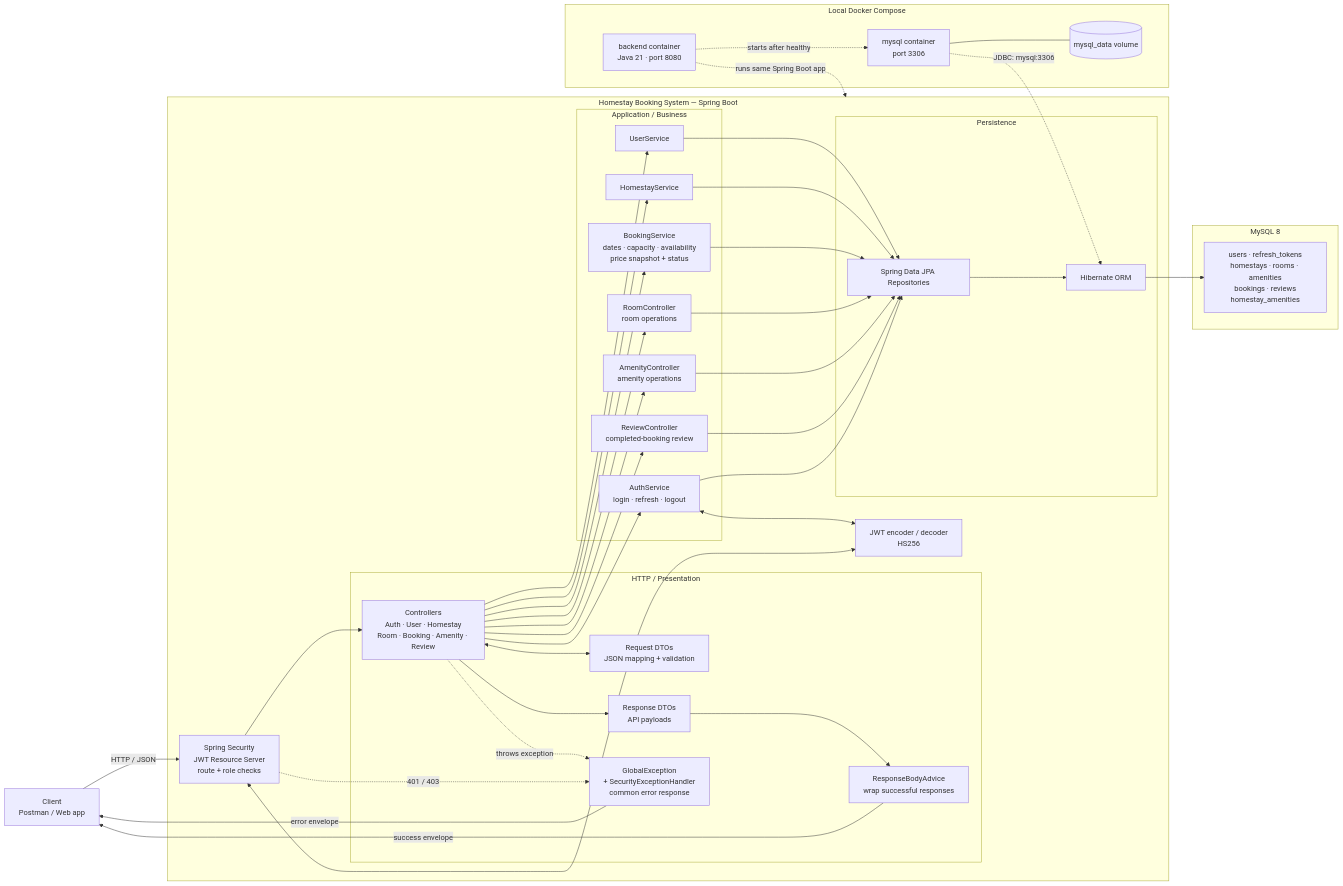
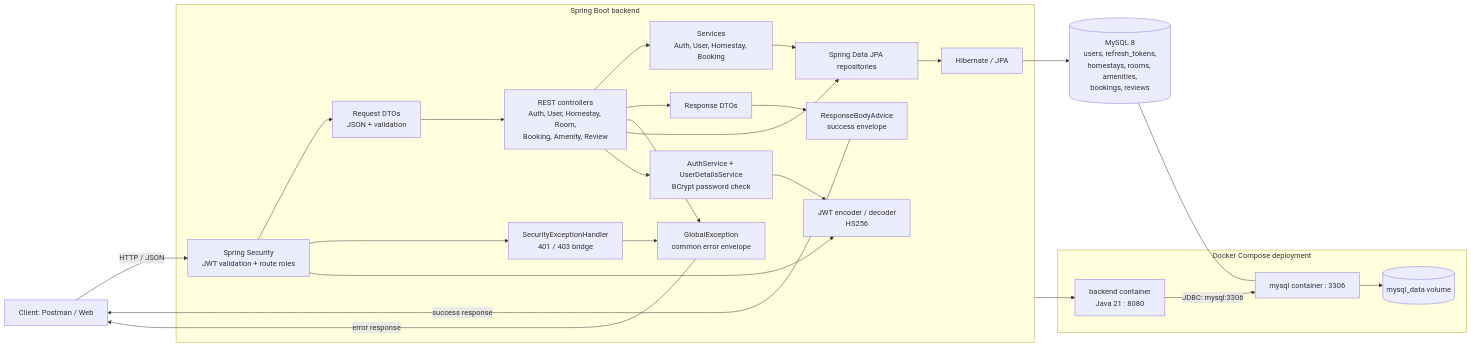
One commit to ryanleeswe/Homestay-Booking-System changed the diagram in README.md. Above: the diagram before and after it, drawn with Mermaid.

````diff
--- a/README.md
+++ b/README.md
@@ -24,75 +24,51 @@
 ```mermaid
 flowchart LR
-    Client["Client<br/>Postman / Web app"]
+    Client["Client: Postman / Web"]
 
-    subgraph Runtime["Homestay Booking System — Spring Boot"]
-        Security["Spring Security<br/>JWT Resource Server<br/>route + role checks"]
+    subgraph Backend["Spring Boot backend"]
+        Security["Spring Security<br/>JWT validation + route roles"]
+        Controllers["REST controllers<br/>Auth, User, Homestay, Room,<br/>Booking, Amenity, Review"]
+        RequestDTO["Request DTOs<br/>JSON + validation"]
+        ResponseDTO["Response DTOs"]
+        Services["Services<br/>Auth, User, Homestay, Booking"]
+        Repositories["Spring Data JPA repositories"]
+        JPA["Hibernate / JPA"]
+        Advice["ResponseBodyAdvice<br/>success envelope"]
+        GlobalError["GlobalException<br/>common error envelope"]
+        SecurityError["SecurityExceptionHandler<br/>401 / 403 bridge"]
+        Auth["AuthService + UserDetailsService<br/>BCrypt password check"]
+        JWT["JWT encoder / decoder<br/>HS256"]
 
-        subgraph Web["HTTP / Presentation"]
-            Controllers["Controllers<br/>Auth · User · Homestay<br/>Room · Booking · Amenity · Review"]
-            RequestDTO["Request DTOs<br/>JSON mapping + validation"]
-            ResponseDTO["Response DTOs<br/>API payloads"]
-            Advice["ResponseBodyAdvice<br/>wrap successful responses"]
-            Errors["GlobalException<br/>+ SecurityExceptionHandler<br/>common error response"]
-        end
-
-        subgraph Business["Application / Business"]
-            Auth["AuthService<br/>login · refresh · logout"]
-            UserSvc["UserService"]
-            HomeSvc["HomestayService"]
-            BookingSvc["BookingService<br/>dates · capacity · availability<br/>price snapshot + status"]
-            RoomAPI["RoomController<br/>room operations"]
-            AmenityAPI["AmenityController<br/>amenity operations"]
-            ReviewAPI["ReviewController<br/>completed-booking review"]
-        end
-
-        subgraph Persistence["Persistence"]
-            Repositories["Spring Data JPA Repositories"]
-            Hibernate["Hibernate ORM"]
-        end
-
-        JWT["JWT encoder / decoder<br/>HS256"]
+        Security --> RequestDTO
+        RequestDTO --> Controllers
+        Controllers --> Services
+        Controllers --> ResponseDTO
+        ResponseDTO --> Advice
+        Controllers --> GlobalError
+        Security --> SecurityError
+        SecurityError --> GlobalError
+        Services --> Repositories
+        Controllers --> Repositories
+        Repositories --> JPA
+        Controllers --> Auth
+        Auth --> JWT
+        Security --> JWT
     end
 
-    subgraph Database["MySQL 8"]
-        Tables["users · refresh_tokens<br/>homestays · rooms · amenities<br/>bookings · reviews<br/>homestay_amenities"]
-    end
+    Database[("MySQL 8<br/>users, refresh_tokens,<br/>homestays, rooms, amenities,<br/>bookings, reviews")]
 
-    subgraph LocalRun["Local Docker Compose"]
-        Compose["backend container<br/>Java 21 · port 8080"]
-        MySQLContainer["mysql container<br/>port 3306"]
-        Volume[("mysql_data volume")]
-        Compose -. "starts after healthy" .-> MySQLContainer
-        MySQLContainer --- Volume
+    subgraph Compose["Docker Compose deployment"]
+        BackendContainer["backend container<br/>Java 21 : 8080"]
+        MySQLContainer["mysql container : 3306"]
+        DataVolume[("mysql_data volume")]
+        BackendContainer -->|JDBC: mysql:3306| MySQLContainer
+        MySQLContainer --> DataVolume
     end
 
     Client -->|HTTP / JSON| Security
-    Security --> Controllers
-    Controllers <--> RequestDTO
-    Controllers --> UserSvc
-    Controllers --> HomeSvc
-    Controllers --> BookingSvc
-    Controllers --> RoomAPI
-    Controllers --> AmenityAPI
-    Controllers --> ReviewAPI
-    Controllers --> Auth
-    UserSvc --> Repositories
-    HomeSvc --> Repositories
-    BookingSvc --> Repositories
-    RoomAPI --> Repositories
-    AmenityAPI --> Repositories
-    ReviewAPI --> Repositories
-    Auth --> Repositories
-    Auth <--> JWT
-    Security <--> JWT
-    Repositories --> Hibernate
-    Hibernate --> Tables
-    Controllers --> ResponseDTO
-    ResponseDTO --> Advice
-    Advice -->|success envelope| Client
-    Controllers -. "throws exception" .-> Errors
-    Security -. "401 / 403" .-> Errors
-    Errors -->|error envelope| Client
-    Compose -. "runs same Spring Boot app" .-> Runtime
-    MySQLContainer -. "JDBC: mysql:3306" .-> Hibernate
+    Advice -->|success response| Client
+    GlobalError -->|error response| Client
+    JPA --> Database
+    Backend --> BackendContainer
+    Database --- MySQLContainer
 ```
````
